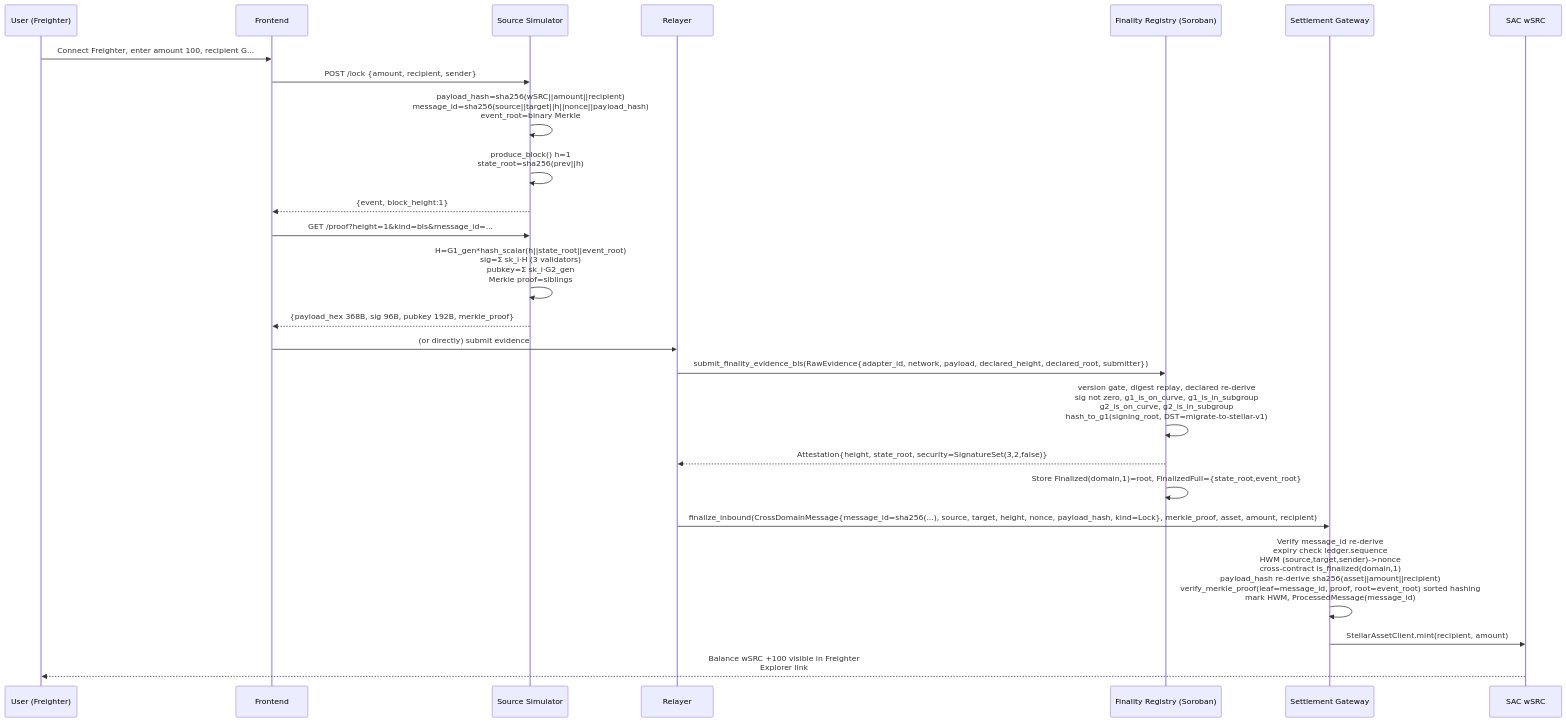
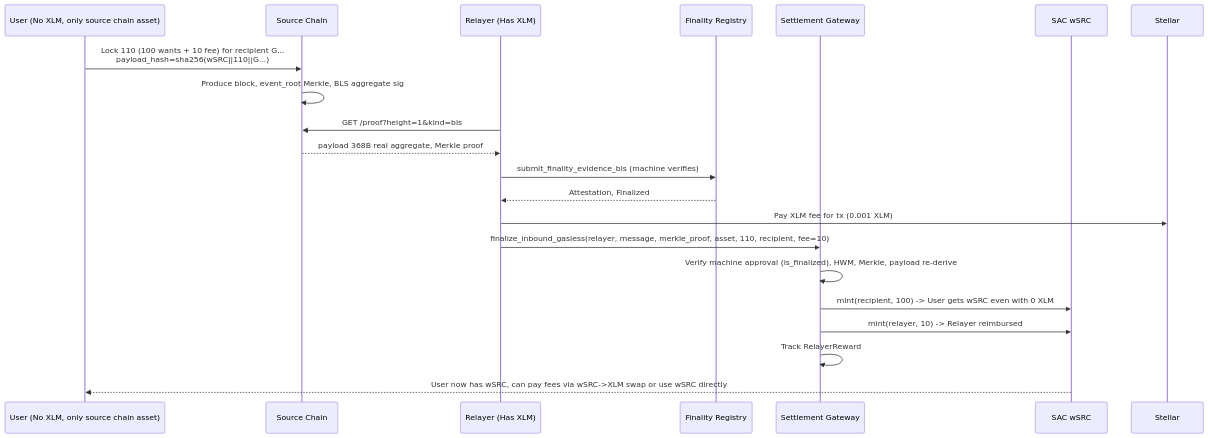
Before and after one commit to lubothebook/lumen-gate: the fifth of 6 diagrams in README.md, drawn with Mermaid. The commit also changed other lines of this file and 4 other files, not shown here.

Commit message:
feat: zkVM machine approval + gasless fee abstraction - finalize_inbound_gasless relayer pays XLM fee extracted from source lock, user with 0 XLM can mint, verify_via_zkvm, FeeConfig, RelayerReward, fixed Mermaid (flowchart/sequenceDiagram only), generated architecture images, 11 tests

````diff
--- a/README.md
+++ b/README.md
@@ -135,28 +197,24 @@
 ```mermaid
 sequenceDiagram
-    participant U as User (Freighter)
-    participant FE as Frontend
-    participant SIM as Source Simulator
-    participant REL as Relayer
-    participant REG as Finality Registry (Soroban)
+    participant U as User (No XLM, only source chain asset)
+    participant SRC as Source Chain
+    participant REL as Relayer (Has XLM)
+    participant REG as Finality Registry
     participant GW as Settlement Gateway
     participant SAC as SAC wSRC
+    participant ST as Stellar
 
-    U->>FE: Connect Freighter, enter amount 100, recipient G...
-    FE->>SIM: POST /lock {amount, recipient, sender}
-    SIM->>SIM: payload_hash=sha256(wSRC||amount||recipient)<br/>message_id=sha256(source||target||h||nonce||payload_hash)<br/>event_root=binary Merkle
-    SIM->>SIM: produce_block() h=1<br/>state_root=sha256(prev||h)
-    SIM-->>FE: {event, block_height:1}
-    FE->>SIM: GET /proof?height=1&kind=bls&message_id=...
-    SIM->>SIM: H=G1_gen*hash_scalar(h||state_root||event_root)<br/>sig=Σ sk_i·H (3 validators)<br/>pubkey=Σ sk_i·G2_gen<br/>Merkle proof=siblings
-    SIM-->>FE: {payload_hex 368B, sig 96B, pubkey 192B, merkle_proof}
-    FE->>REL: (or directly) submit evidence
-    REL->>REG: submit_finality_evidence_bls(RawEvidence{adapter_id, network, payload, declared_height, declared_root, submitter})
-    REG->>REG: version gate, digest replay, declared re-derive<br/>sig not zero, g1_is_on_curve, g1_is_in_subgroup<br/>g2_is_on_curve, g2_is_in_subgroup<br/>hash_to_g1(signing_root, DST=migrate-to-stellar-v1)
-    REG-->>REL: Attestation{height, state_root, security=SignatureSet(3,2,false)}
-    REG->>REG: Store Finalized(domain,1)=root, FinalizedFull={state_root,event_root}
-    REL->>GW: finalize_inbound(CrossDomainMessage{message_id=sha256(...), source, target, height, nonce, payload_hash, kind=Lock}, merkle_proof, asset, amount, recipient)
-    GW->>GW: Verify message_id re-derive<br/>expiry check ledger.sequence<br/>HWM (source,target,sender)->nonce<br/>cross-contract is_finalized(domain,1)<br/>payload_hash re-derive sha256(asset||amount||recipient)<br/>verify_merkle_proof(leaf=message_id, proof, root=event_root) sorted hashing<br/>mark HWM, ProcessedMessage(message_id)
-    GW->>SAC: StellarAssetClient.mint(recipient, amount)
-    SAC-->>U: Balance wSRC +100 visible in Freighter<br/>Explorer link
+    U->>SRC: Lock 110 (100 wants + 10 fee) for recipient G...<br/>payload_hash=sha256(wSRC||110||G...)
+    SRC->>SRC: Produce block, event_root Merkle, BLS aggregate sig
+    REL->>SRC: GET /proof?height=1&kind=bls
+    SRC-->>REL: payload 368B real aggregate, Merkle proof
+    REL->>REG: submit_finality_evidence_bls (machine verifies)
+    REG-->>REL: Attestation, Finalized
+    REL->>ST: Pay XLM fee for tx (0.001 XLM)
+    REL->>GW: finalize_inbound_gasless(relayer, message, merkle_proof, asset, 110, recipient, fee=10)
+    GW->>GW: Verify machine approval (is_finalized), HWM, Merkle, payload re-derive
+    GW->>SAC: mint(recipient, 100) -> User gets wSRC even with 0 XLM
+    GW->>SAC: mint(relayer, 10) -> Relayer reimbursed
+    GW->>GW: Track RelayerReward
+    SAC-->>U: User now has wSRC, can pay fees via wSRC->XLM swap or use wSRC directly
 ```
````
